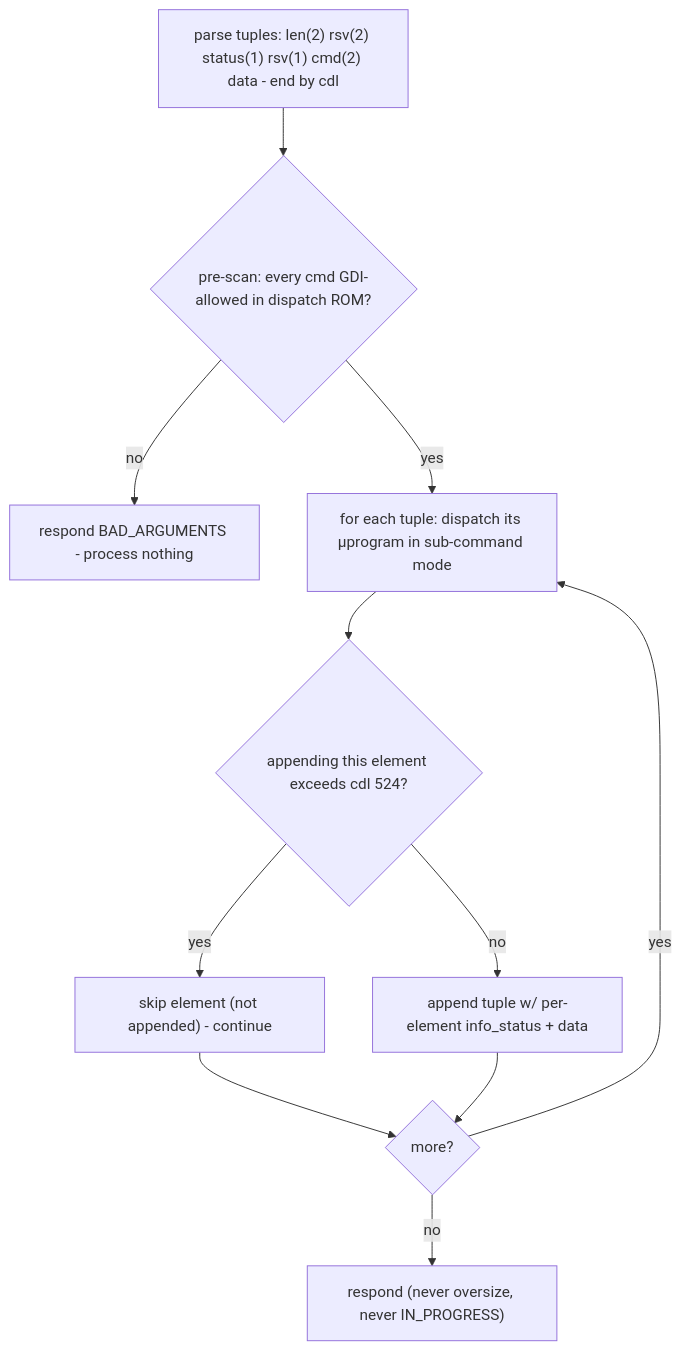
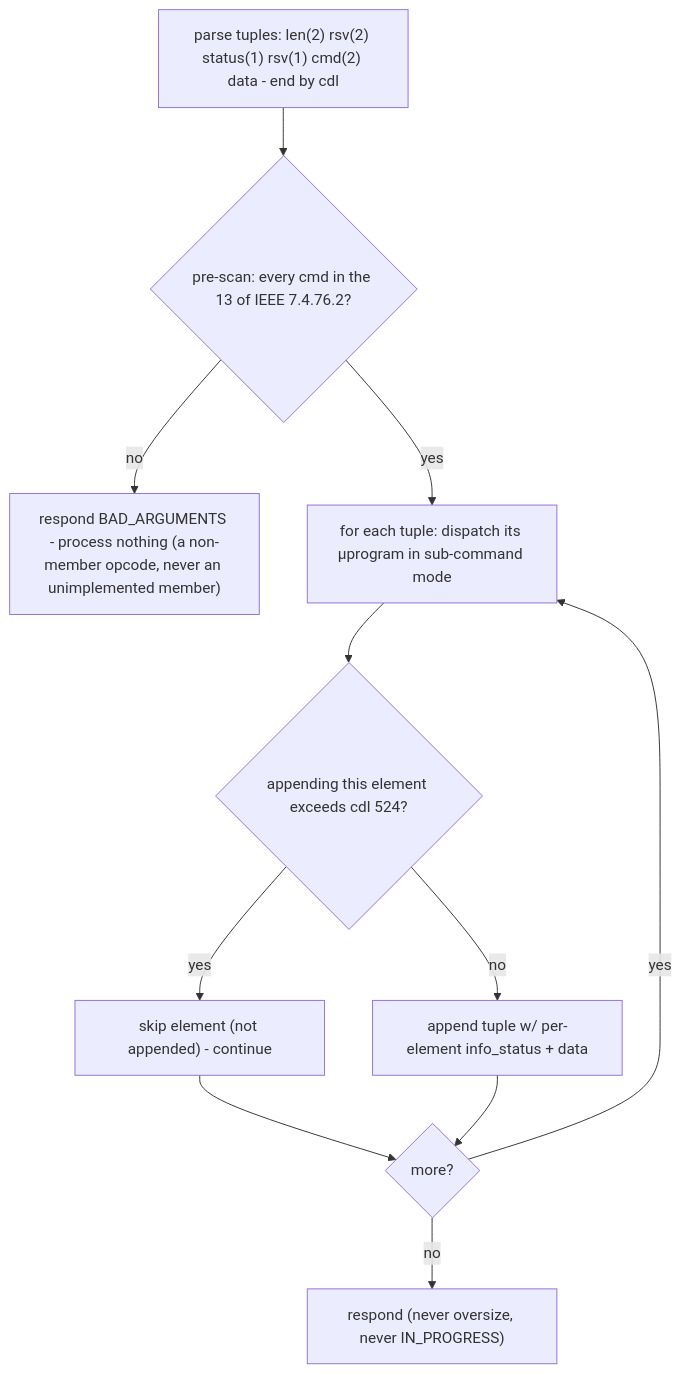
One commit to Mister-M-alt/protocol-processor-control-plane-avb-milan changed the third of 8 diagrams in docs/architecture/06_aecp_engine.md. Above: the diagram before and after it, drawn with Mermaid. The commit also changed other lines of this file and 21 other files, not shown here.

````diff
--- a/docs/architecture/06_aecp_engine.md
+++ b/docs/architecture/06_aecp_engine.md
@@ -327,13 +343,13 @@
 ```mermaid
 flowchart TB
-  s["parse tuples: len(2) rsv(2) status(1) rsv(1) cmd(2) data - end by cdl"] --> scan{"pre-scan: every cmd GDI-allowed in dispatch ROM?"}
-  scan -- no --> ba["respond BAD_ARGUMENTS - process nothing"]
+  s["parse tuples: len(2) rsv(2) status(1) rsv(1) cmd(2) data - end by cdl"] --> scan{"pre-scan: every cmd in the 13 of IEEE 7.4.76.2?"}
+  scan -- no --> ba["respond BAD_ARGUMENTS - process nothing (a non-member opcode, never an unimplemented member)"]
   scan -- yes --> loop["for each tuple: dispatch its µprogram in sub-command mode"]
   loop --> app{"appending this element exceeds cdl 524?"}
   app -- yes --> skip["skip element (not appended) - continue"]
   app -- no --> add["append tuple w/ per-element info_status + data"]
   skip --> nxt{"more?"}
   add --> nxt
   nxt -- yes --> loop
   nxt -- no --> tx["respond (never oversize, never IN_PROGRESS)"]
 ```
````
